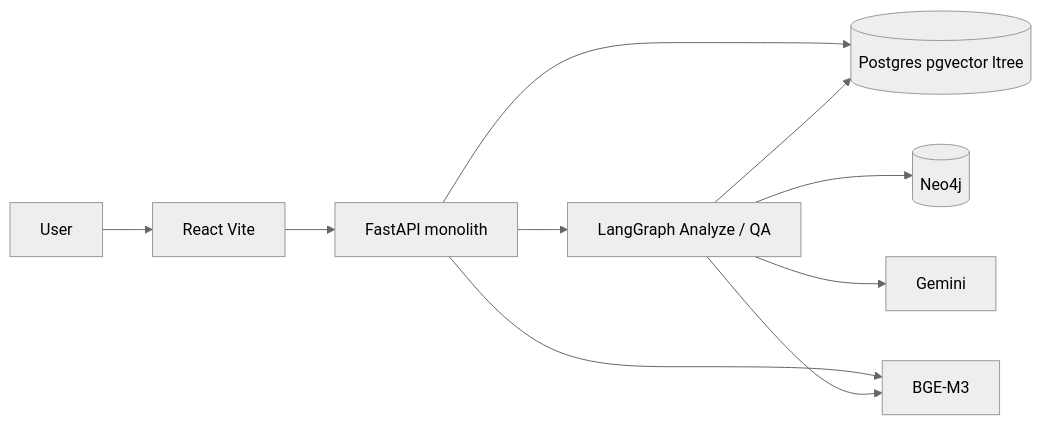
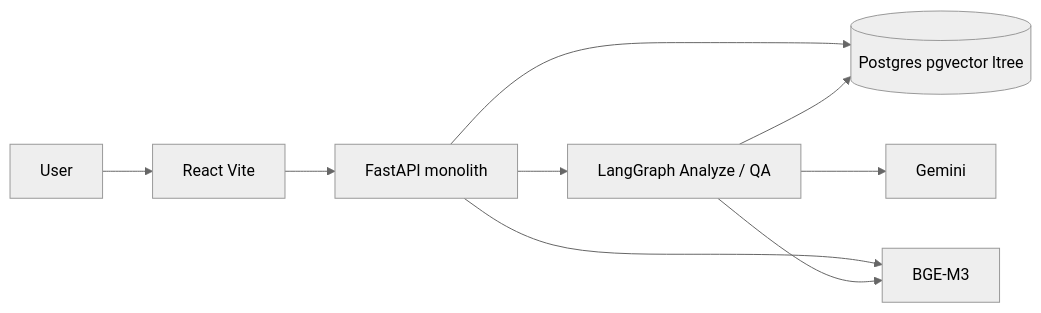
One commit to ddooxhuy09/contract-agent changed the second of 2 diagrams in docs/PROJECT_TECHNICAL_DOCUMENTATION.md. Above: the diagram before and after it, drawn with Mermaid (neutral theme). The commit also changed other lines of this file and 78 other files, not shown here.

First line of the commit message:
remove Neo4j: GraphRAG expand runs on Postgres only (ltree + legal_document_relations)

````diff
--- a/docs/PROJECT_TECHNICAL_DOCUMENTATION.md
+++ b/docs/PROJECT_TECHNICAL_DOCUMENTATION.md
@@ -978,18 +964,16 @@
 ```mermaid
 flowchart LR
   U[User]
   FE[React Vite]
   API[FastAPI monolith]
   LG[LangGraph Analyze / QA]
   PG[(Postgres pgvector ltree)]
-  NJ[(Neo4j)]
   G[Gemini]
   E[BGE-M3]
   U --> FE --> API --> LG
   API --> PG
   LG --> PG
-  LG --> NJ
   LG --> G
   API --> E
   LG --> E
 ```
````
